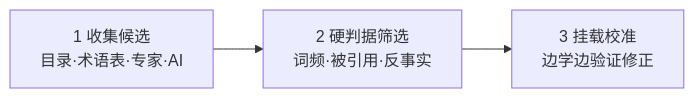
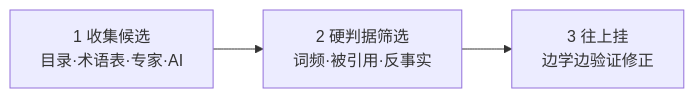
One commit to Yongjunzhou/AOS-system-design changed the fourth of 6 diagrams in 100-subprojects/01-系统工程研究/03-架构师是个怎样的物种/01-第1章-概念体系能力-学习能力的杠杆.md. Above: the diagram before and after it, drawn with Mermaid. The commit also changed other lines of this file and 6 other files, not shown here.

````diff
--- a/100-subprojects/01-系统工程研究/03-架构师是个怎样的物种/01-第1章-概念体系能力-学习能力的杠杆.md
+++ b/100-subprojects/01-系统工程研究/03-架构师是个怎样的物种/01-第1章-概念体系能力-学习能力的杠杆.md
@@ -423,5 +425,5 @@
 ```mermaid
 flowchart LR
     A["1 收集候选<br/>目录·术语表·专家·AI"] --> B["2 硬判据筛选<br/>词频·被引用·反事实"]
-    B --> C["3 挂载校准<br/>边学边验证修正"]
+    B --> C["3 往上挂<br/>边学边验证修正"]
 ```
````
